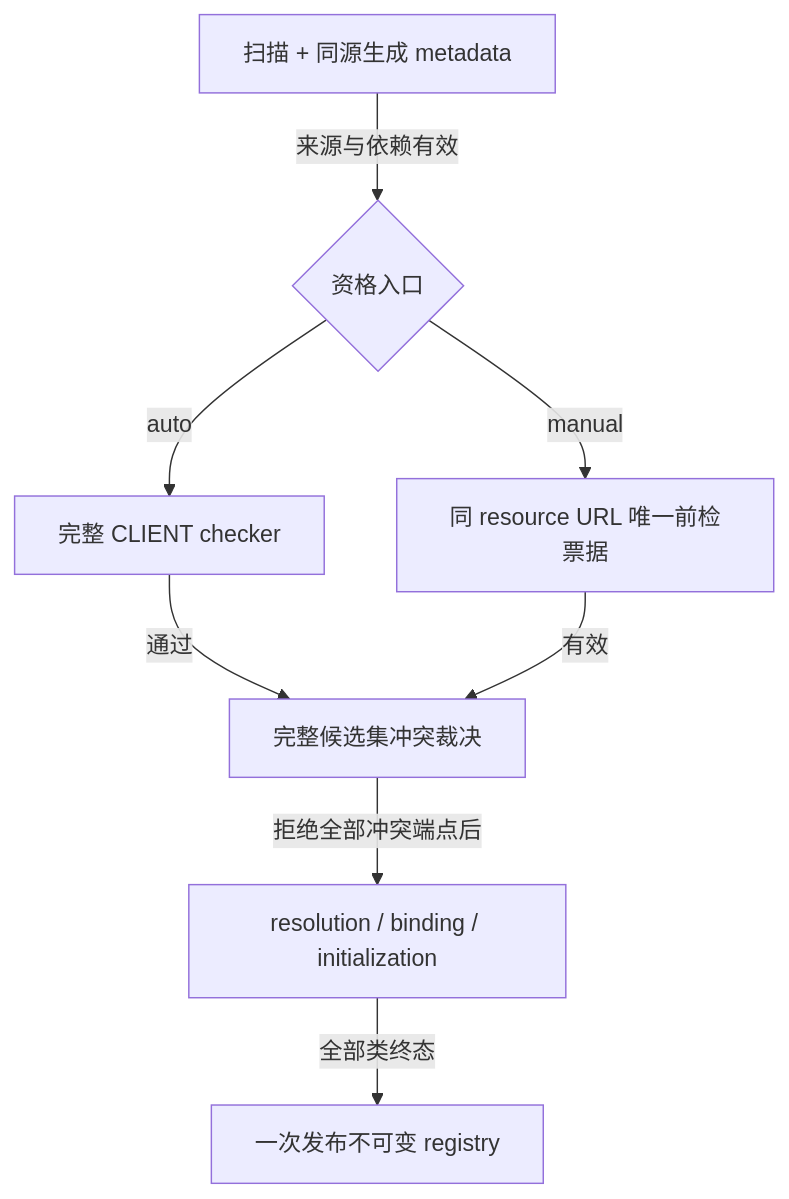
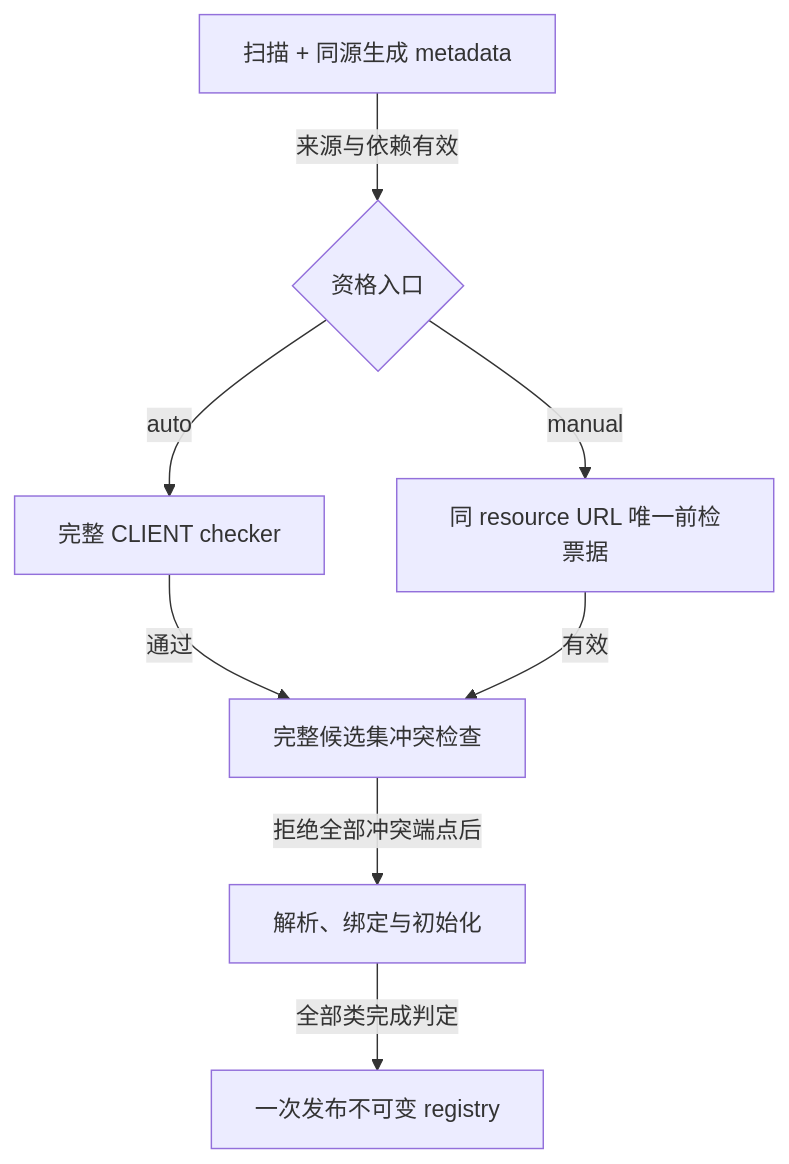
Before and after one commit to YesSteveModel/YesSteveModel: the diagram in docs/architecture/integration/implementation/extension-loading.md, drawn with Mermaid. The commit also changed other lines of this file and 1109 other files, not shown here.

````diff
--- a/docs/architecture/integration/implementation/extension-loading.md
+++ b/docs/architecture/integration/implementation/extension-loading.md
@@ -13,10 +15,10 @@
 ```mermaid
 flowchart TB
     Source["扫描 + 同源生成 metadata"] -->|来源与依赖有效| Gate{"资格入口"}
     Gate -->|auto| Checker["完整 CLIENT checker"]
     Gate -->|manual| Ticket["同 resource URL 唯一前检票据"]
-    Checker -->|通过| Conflict["完整候选集冲突裁决"]
+    Checker -->|通过| Conflict["完整候选集冲突检查"]
     Ticket -->|有效| Conflict
-    Conflict -->|拒绝全部冲突端点后| Bind["resolution / binding / initialization"]
-    Bind -->|全部类终态| Freeze["一次发布不可变 registry"]
+    Conflict -->|拒绝全部冲突端点后| Bind["解析、绑定与初始化"]
+    Bind -->|全部类完成判定| Freeze["一次发布不可变 registry"]
 ```
````
